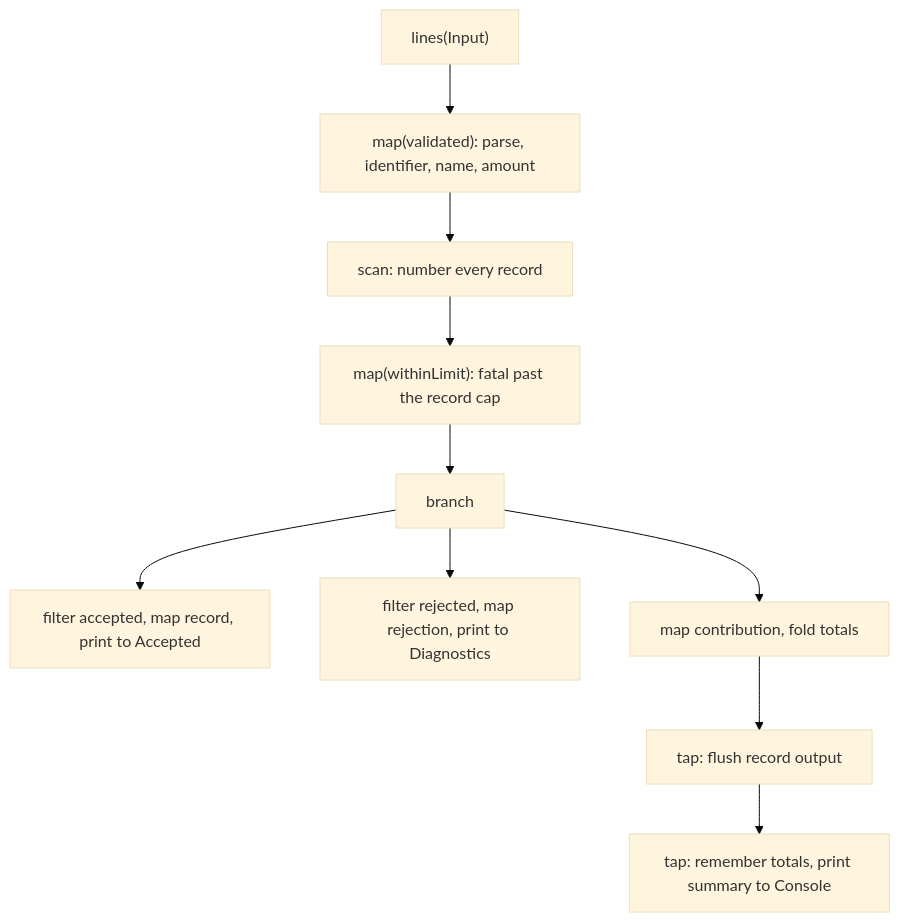
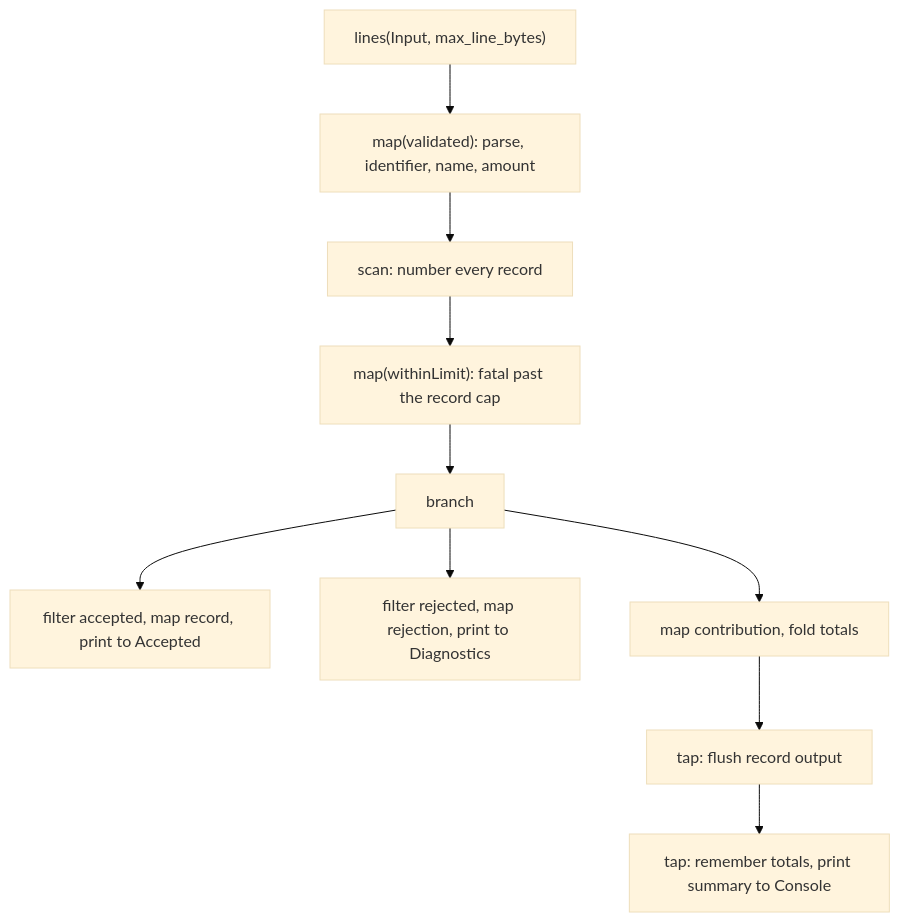
One commit to aleksaelezovic/zrx changed the diagram in examples/apps/record-processor/README.md. Above: the diagram before and after it, drawn with Mermaid (base theme). The commit also changed 14 other files, not shown here.

````diff
--- a/examples/apps/record-processor/README.md
+++ b/examples/apps/record-processor/README.md
@@ -37,12 +37,12 @@
 ```mermaid
 flowchart TD
-    L["lines(Input)"] --> V["map(validated): parse, identifier, name, amount"]
+    L["lines(Input, max_line_bytes)"] --> V["map(validated): parse, identifier, name, amount"]
     V --> N["scan: number every record"]
     N --> M["map(withinLimit): fatal past the record cap"]
     M --> B["branch"]
     B --> A["filter accepted, map record, print to Accepted"]
     B --> R["filter rejected, map rejection, print to Diagnostics"]
     B --> T["map contribution, fold totals"]
     T --> F["tap: flush record output"]
     F --> S["tap: remember totals, print summary to Console"]
 ```
````
